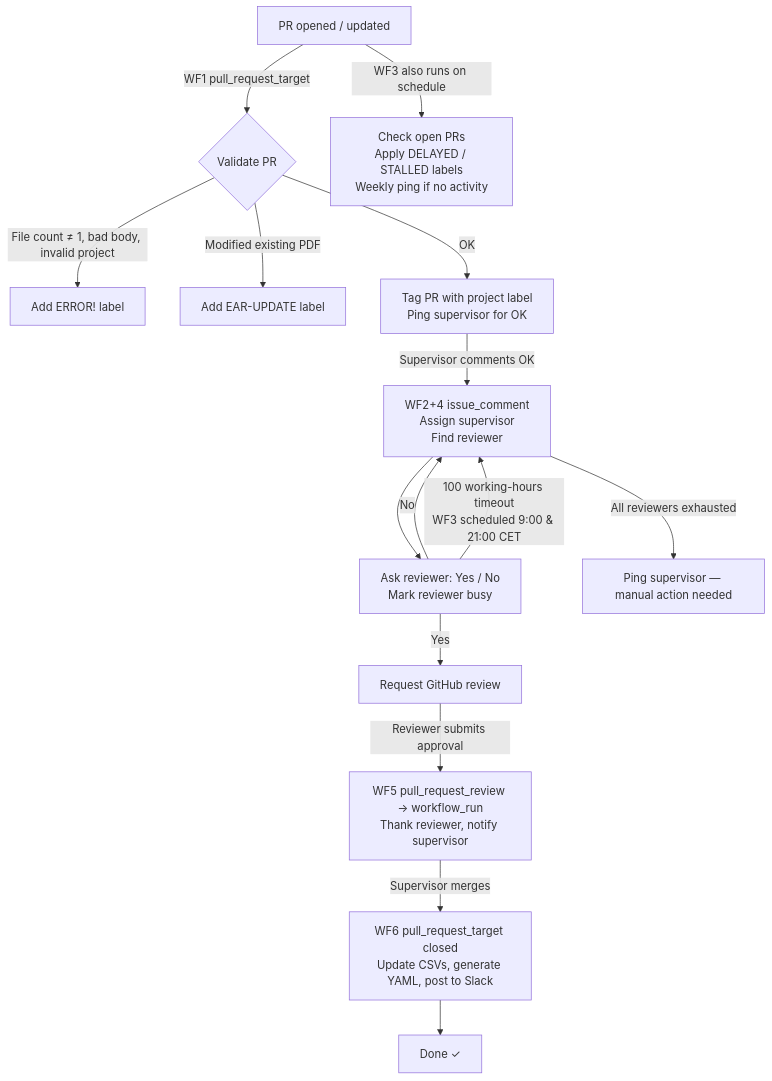
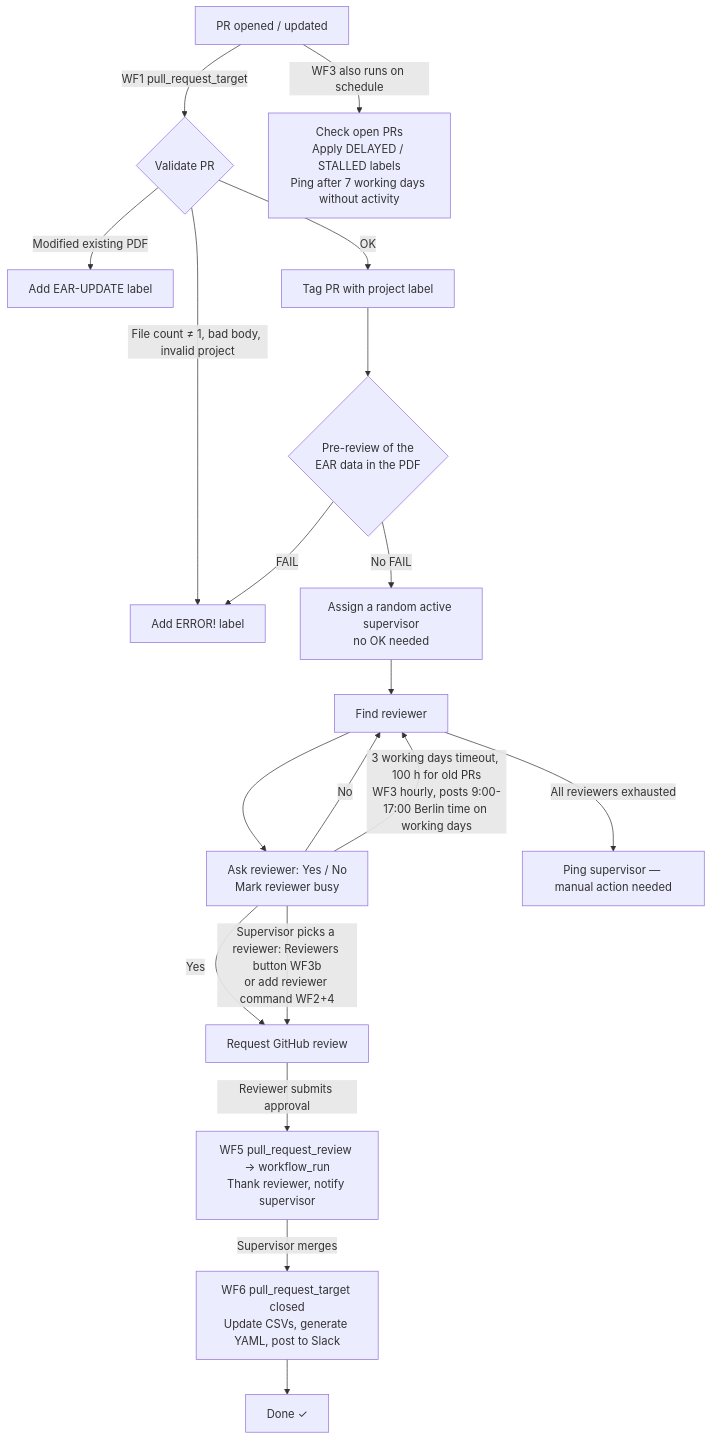
Before and after one commit to ERGA-consortium/EARs: the diagram in ear_bot/README.md, drawn with Mermaid. The commit also changed other lines of this file and 23 other files, not shown here.

````diff
--- a/ear_bot/README.md
+++ b/ear_bot/README.md
@@ -11,17 +11,20 @@
 ```mermaid
 flowchart TD
     A[PR opened / updated] -->|WF1 pull_request_target| B{Validate PR}
     B -->|File count ≠ 1, bad body, invalid project| C[Add ERROR! label]
     B -->|Modified existing PDF| D[Add EAR-UPDATE label]
-    B -->|OK| E[Tag PR with project label\nPing supervisor for OK]
-    E -->|Supervisor comments OK| F[WF2+4 issue_comment\nAssign supervisor\nFind reviewer]
+    B -->|OK| T[Tag PR with project label] --> P{Pre-review of the\nEAR data in the PDF}
+    P -->|FAIL| C
+    P -->|No FAIL| E[Assign a random active supervisor\nno OK needed]
+    E --> F[Find reviewer]
     F --> G[Ask reviewer: Yes / No\nMark reviewer busy]
     G -->|Yes| H[Request GitHub review]
+    G -->|Supervisor picks a reviewer: Reviewers button WF3b\nor add reviewer command WF2+4| H
     G -->|No| F
-    G -->|100 working-hours timeout\nWF3 scheduled 9:00 & 21:00 CET| F
+    G -->|3 working days timeout, 100 h for old PRs\nWF3 hourly, posts 9:00-17:00 Berlin time on working days| F
     F -->|All reviewers exhausted| I[Ping supervisor — manual action needed]
     H -->|Reviewer submits approval| J[WF5 pull_request_review → workflow_run\nThank reviewer, notify supervisor]
     J -->|Supervisor merges| K[WF6 pull_request_target closed\nUpdate CSVs, generate YAML, post to Slack]
     K --> L[Done ✓]
-    A -->|WF3 also runs on schedule| M[Check open PRs\nApply DELAYED / STALLED labels\nWeekly ping if no activity]
+    A -->|WF3 also runs on schedule| M[Check open PRs\nApply DELAYED / STALLED labels\nPing after 7 working days without activity]
 ```
````
